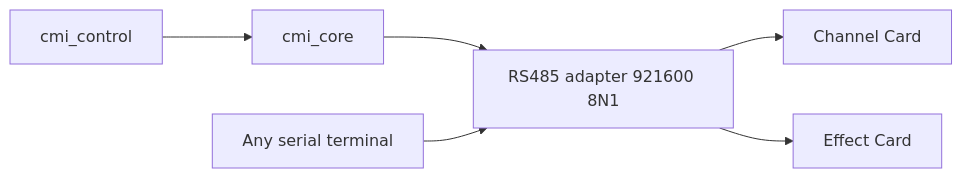
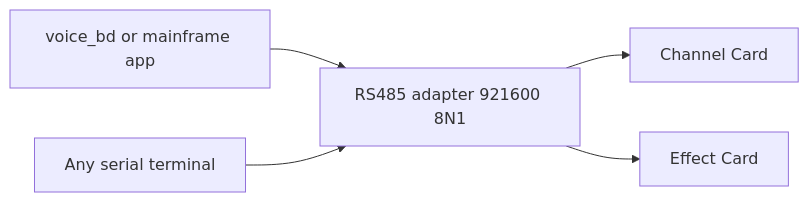
The diagram in docs/reference/rs485_console_architecture.md (narendrabhatt-freshwater/firmware), drawn with Mermaid before and after one commit. The commit also changed other lines of this file and 418 other files, not shown here.

````diff
--- a/docs/reference/rs485_console_architecture.md
+++ b/docs/reference/rs485_console_architecture.md
@@ -32,14 +32,12 @@
 ```mermaid
 flowchart LR
   Term[Any serial terminal]
-  Gui[cmi_control]
-  Lib[cmi_core]
+  App[voice_bd or mainframe app]
   Bus[RS485 adapter 921600 8N1]
   CC[Channel Card]
   EC[Effect Card]
-  Gui --> Lib
-  Lib --> Bus
+  App --> Bus
   Term --> Bus
   Bus --> CC
   Bus --> EC
 ```
````
